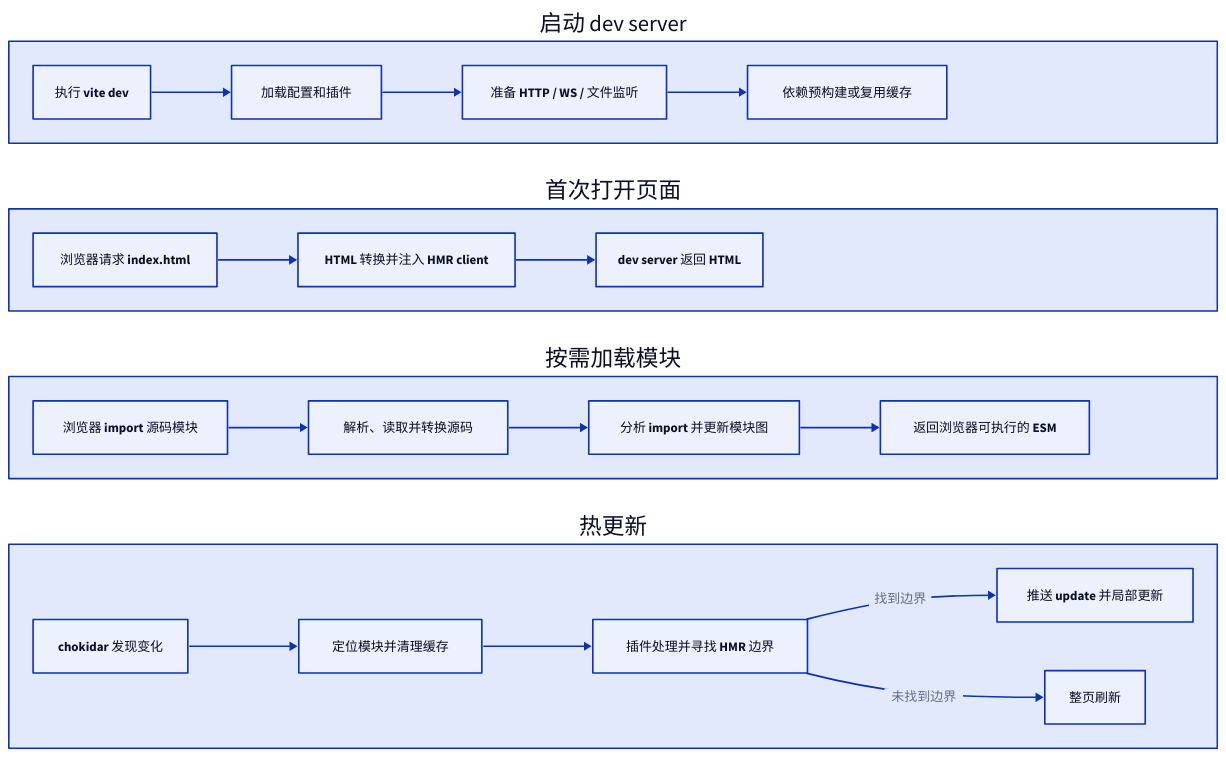
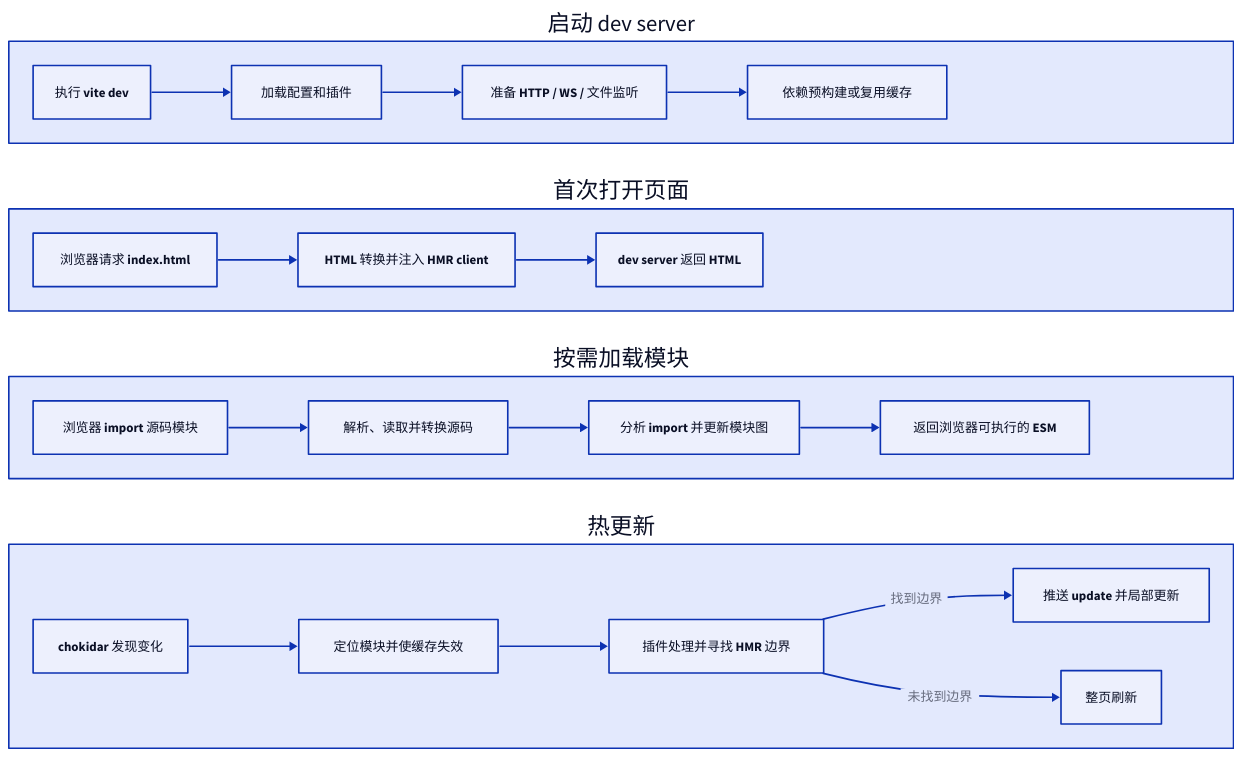
The first of 5 diagrams in apps/docs/experiences/构建工具/Vite 原理与实践.md (youngluo/thinking), drawn with D2 before and after one commit. The commit also changed other lines of this file and 5 other files, not shown here.

````diff
--- a/apps/docs/experiences/构建工具/Vite 原理与实践.md
+++ b/apps/docs/experiences/构建工具/Vite 原理与实践.md
@@ -20,54 +20,54 @@
 ```d2
 grid-columns: 1
 
 dev: 启动 dev server {
   class: group
   direction: right
 
   a: 执行 vite dev
   b: 加载配置和插件
   c: 准备 HTTP / WS / 文件监听
   d: 依赖预构建或复用缓存
 
   a -> b -> c -> d
 }
 
 cold: 首次打开页面 {
   class: group
   direction: right
 
   a: 浏览器请求 index.html
   b: HTML 转换并注入 HMR client
   c: dev server 返回 HTML
 
   a -> b -> c
 }
 
 load: 按需加载模块 {
   class: group
   direction: right
 
   a: 浏览器 import 源码模块
   b: 解析、读取并转换源码
   c: 分析 import 并更新模块图
   d: 返回浏览器可执行的 ESM
 
   a -> b -> c -> d
 }
 
 hmr: 热更新 {
   class: group
   direction: right
 
   a: chokidar 发现变化
-  b: 定位模块并清理缓存
+  b: 定位模块并使缓存失效
   c: 插件处理并寻找 HMR 边界
   d: 推送 update 并局部更新
   e: 整页刷新
 
   a -> b -> c
   c -> d: 找到边界
   c -> e: 未找到边界
 }
 
 ```
````
